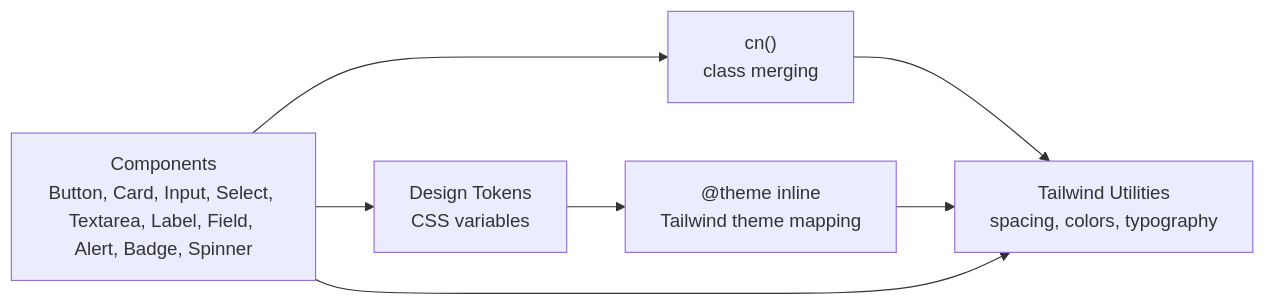
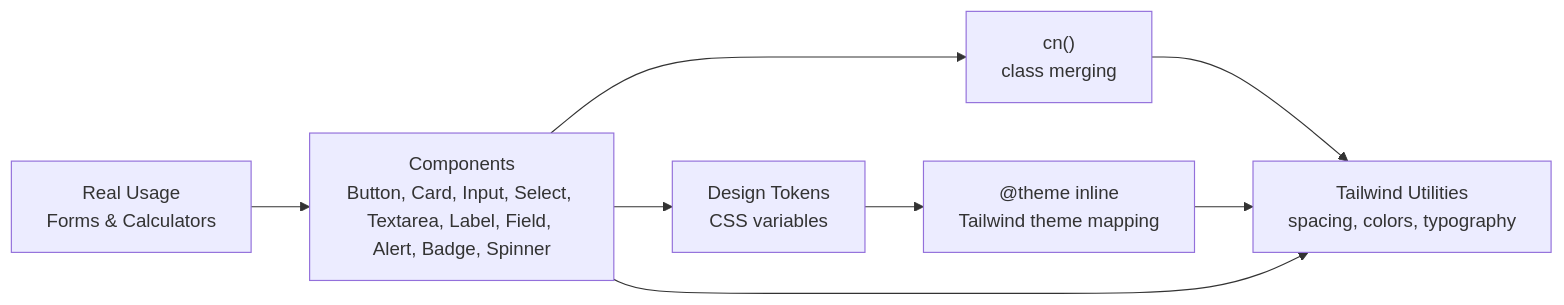
The second of 9 diagrams in .qoder/repowiki/en/content/UI Components/UI Components.md (gyamposudodzi/Timberland), drawn with Mermaid before and after one commit. The commit also changed other lines of this file and 87 other files, not shown here.

````diff
--- a/.qoder/repowiki/en/content/UI Components/UI Components.md
+++ b/.qoder/repowiki/en/content/UI Components/UI Components.md
@@ -188,9 +214,10 @@
 ```mermaid
 graph LR
 A["Components<br/>Button, Card, Input, Select, Textarea, Label, Field, Alert, Badge, Spinner"] --> B["cn()<br/>class merging"]
 B --> C["Tailwind Utilities<br/>spacing, colors, typography"]
 D["Design Tokens<br/>CSS variables"] --> E["@theme inline<br/>Tailwind theme mapping"]
 E --> C
 A --> C
 A --> D
+F["Real Usage<br/>Forms & Calculators"] --> A
 ```
````
